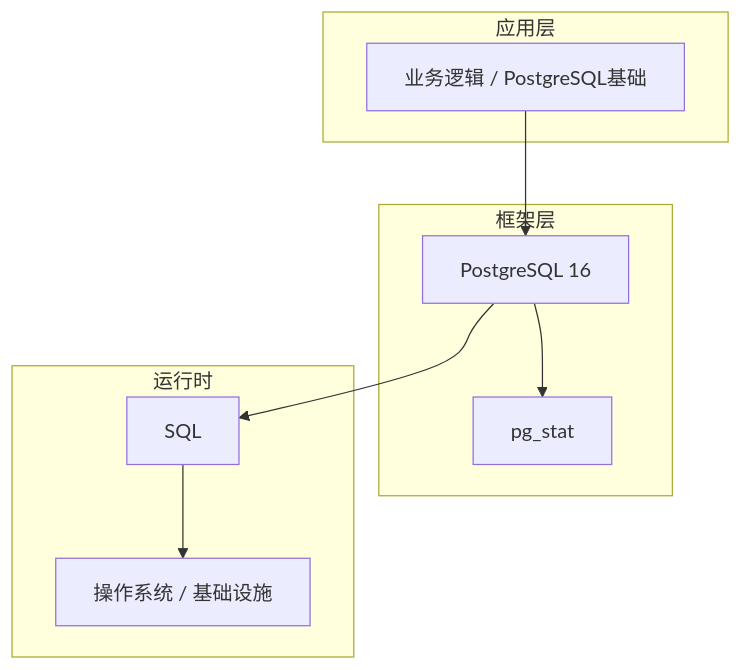
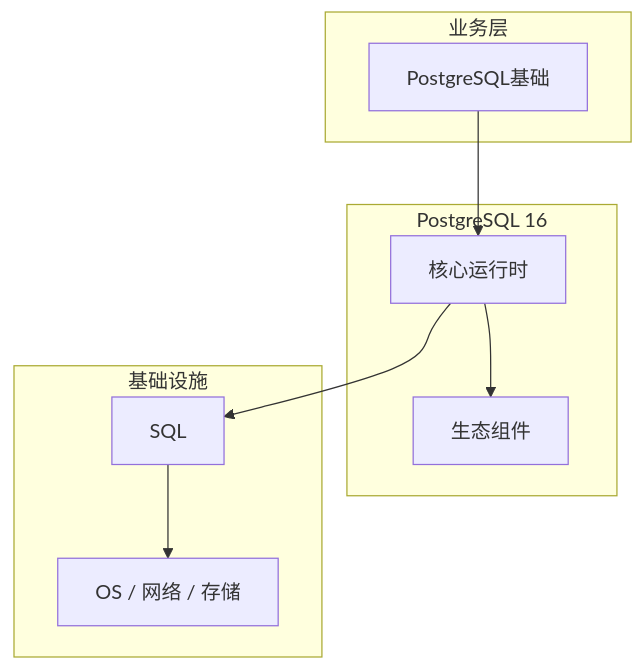
The diagram in articles/PostgreSQL/chapters/001-PostgreSQL基础核心概念与原理.md (yanggan2015/knowledge-json-v2), drawn with Mermaid before and after one commit. The commit also changed other lines of this file and 10127 other files, not shown here.

````diff
--- a/articles/PostgreSQL/chapters/001-PostgreSQL基础核心概念与原理.md
+++ b/articles/PostgreSQL/chapters/001-PostgreSQL基础核心概念与原理.md
@@ -45,18 +34,18 @@
 ```mermaid
 graph TB
-    subgraph 应用层
-        A[业务逻辑 / PostgreSQL基础]
+    subgraph 业务层
+        A[PostgreSQL基础]
     end
-    subgraph 框架层
-        B[PostgreSQL 16]
-        C[pg_stat]
+    subgraph PostgreSQL 16
+        B[核心运行时]
+        C[生态组件]
     end
-    subgraph 运行时
+    subgraph 基础设施
         D[SQL]
-        E[操作系统 / 基础设施]
+        E[OS / 网络 / 存储]
     end
     A --> B
     B --> C
     B --> D
     D --> E
 ```
````
